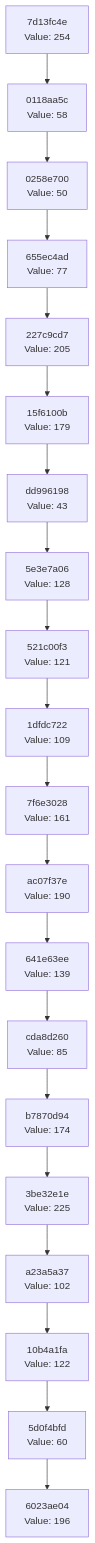
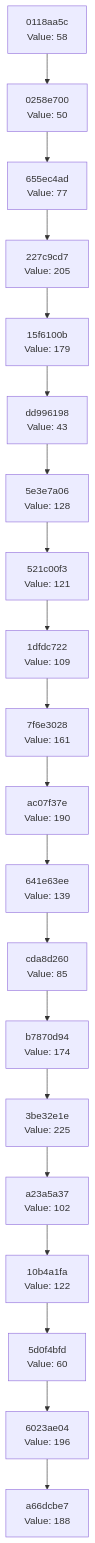
One commit to Abhisheksinha1506/hash-chain-evolver changed the diagram in docs/CHAIN_VISUALIZATION.md. Above: the diagram before and after it, drawn with Mermaid. The commit also changed 3 other files, not shown here.

````diff
--- a/docs/CHAIN_VISUALIZATION.md
+++ b/docs/CHAIN_VISUALIZATION.md
@@ -3,42 +3,42 @@
 ```mermaid
 graph TD
-    C0["6023ae04<br/>Value: 196"]
-    C1["5d0f4bfd<br/>Value: 60"]
+    C0["a66dcbe7<br/>Value: 188"]
+    C1["6023ae04<br/>Value: 196"]
     C1 --> C0
-    C2["10b4a1fa<br/>Value: 122"]
+    C2["5d0f4bfd<br/>Value: 60"]
     C2 --> C1
-    C3["a23a5a37<br/>Value: 102"]
+    C3["10b4a1fa<br/>Value: 122"]
     C3 --> C2
-    C4["3be32e1e<br/>Value: 225"]
+    C4["a23a5a37<br/>Value: 102"]
     C4 --> C3
-    C5["b7870d94<br/>Value: 174"]
+    C5["3be32e1e<br/>Value: 225"]
     C5 --> C4
-    C6["cda8d260<br/>Value: 85"]
+    C6["b7870d94<br/>Value: 174"]
     C6 --> C5
-    C7["641e63ee<br/>Value: 139"]
+    C7["cda8d260<br/>Value: 85"]
     C7 --> C6
-    C8["ac07f37e<br/>Value: 190"]
+    C8["641e63ee<br/>Value: 139"]
     C8 --> C7
-    C9["7f6e3028<br/>Value: 161"]
+    C9["ac07f37e<br/>Value: 190"]
     C9 --> C8
-    C10["1dfdc722<br/>Value: 109"]
+    C10["7f6e3028<br/>Value: 161"]
     C10 --> C9
-    C11["521c00f3<br/>Value: 121"]
+    C11["1dfdc722<br/>Value: 109"]
     C11 --> C10
-    C12["5e3e7a06<br/>Value: 128"]
+    C12["521c00f3<br/>Value: 121"]
     C12 --> C11
-    C13["dd996198<br/>Value: 43"]
+    C13["5e3e7a06<br/>Value: 128"]
     C13 --> C12
-    C14["15f6100b<br/>Value: 179"]
+    C14["dd996198<br/>Value: 43"]
     C14 --> C13
-    C15["227c9cd7<br/>Value: 205"]
+    C15["15f6100b<br/>Value: 179"]
     C15 --> C14
-    C16["655ec4ad<br/>Value: 77"]
+    C16["227c9cd7<br/>Value: 205"]
     C16 --> C15
-    C17["0258e700<br/>Value: 50"]
+    C17["655ec4ad<br/>Value: 77"]
     C17 --> C16
-    C18["0118aa5c<br/>Value: 58"]
+    C18["0258e700<br/>Value: 50"]
     C18 --> C17
-    C19["7d13fc4e<br/>Value: 254"]
+    C19["0118aa5c<br/>Value: 58"]
     C19 --> C18
 ```
````
